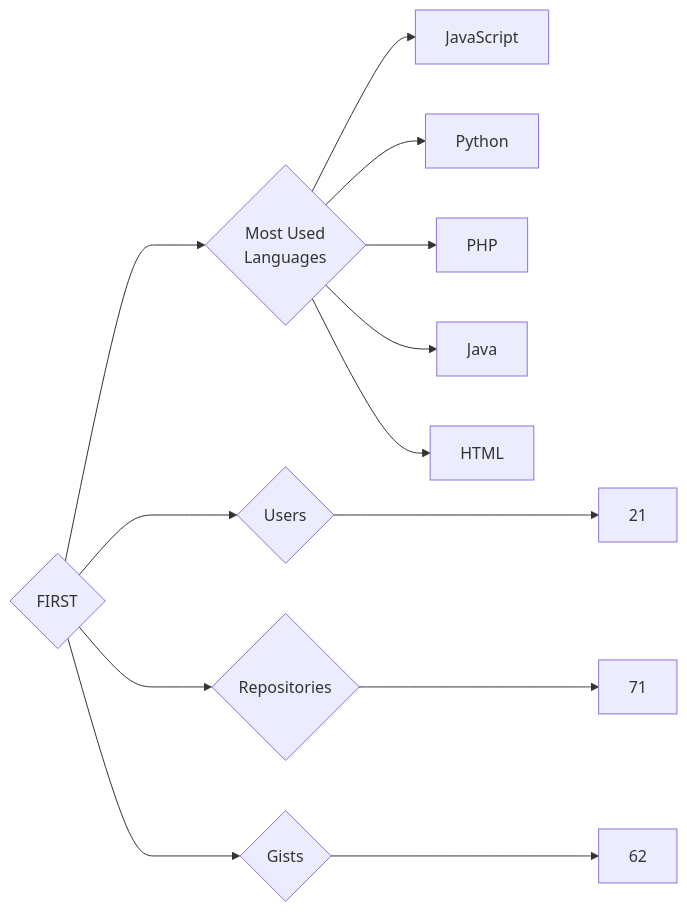
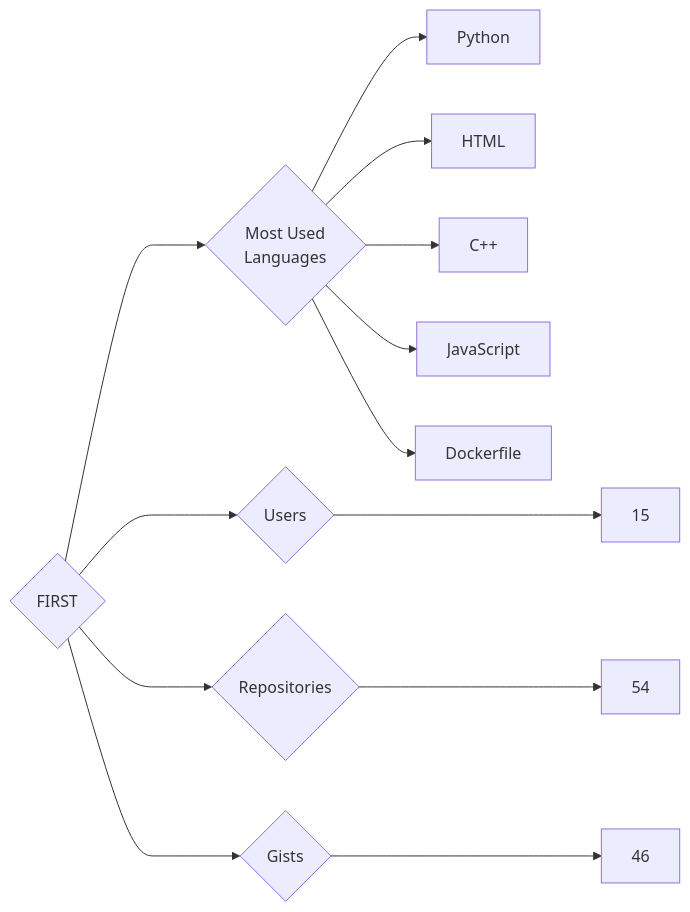
Before and after one commit to trickest/insiders: the diagram in targets/FIRST/README.md, drawn with Mermaid. The commit also changed 823 other files, not shown here.

````diff
--- a/targets/FIRST/README.md
+++ b/targets/FIRST/README.md
@@ -3,13 +3,13 @@
 ```mermaid
 graph LR
 COMPANY_NAME{FIRST}
-COMPANY_NAME ---> U{Users} ---> UN[21]
-COMPANY_NAME ---> R{Repositories} ---> RN[71]
-COMPANY_NAME ---> G{Gists} ---> GN[62]
+COMPANY_NAME ---> U{Users} ---> UN[15]
+COMPANY_NAME ---> R{Repositories} ---> RN[54]
+COMPANY_NAME ---> G{Gists} ---> GN[46]
 COMPANY_NAME ---> ML{Most Used<br>Languages}
+ML --> Python[Python]
+ML --> HTML[HTML]
+ML --> C++[C++]
 ML --> JavaScript[JavaScript]
-ML --> Python[Python]
-ML --> PHP[PHP]
-ML --> Java[Java]
-ML --> HTML[HTML]
+ML --> Dockerfile[Dockerfile]
 ```
````
